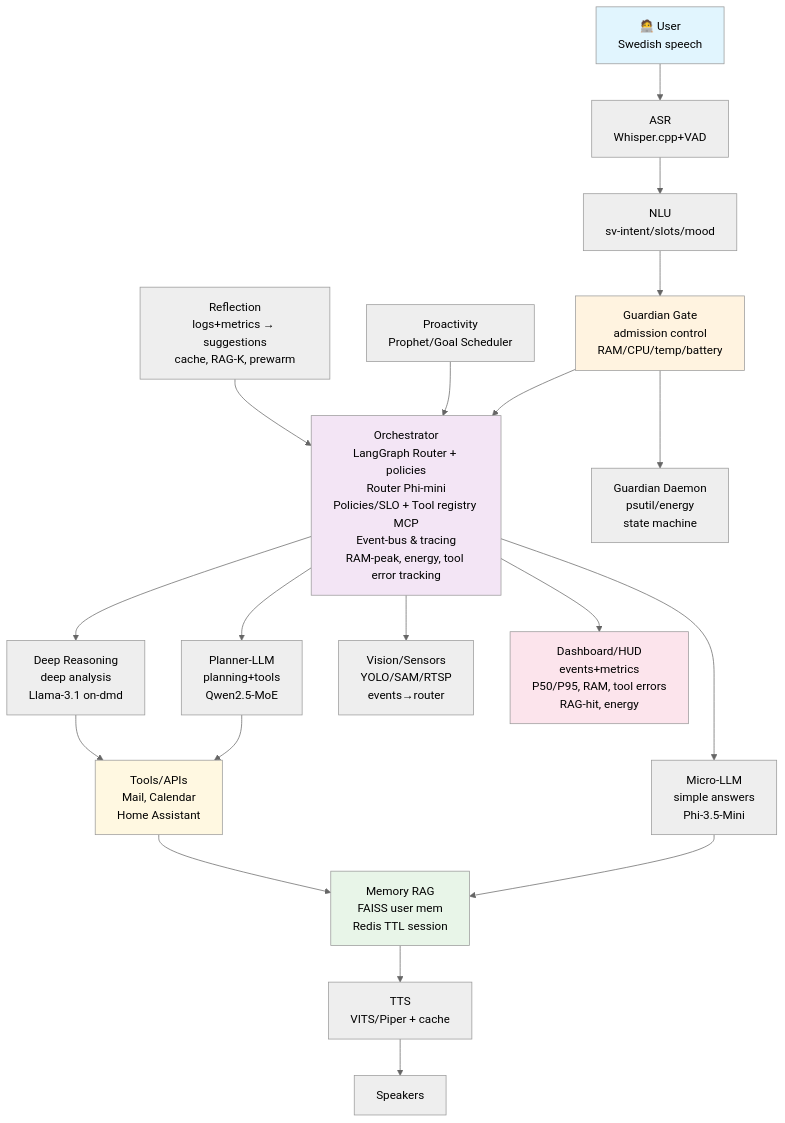
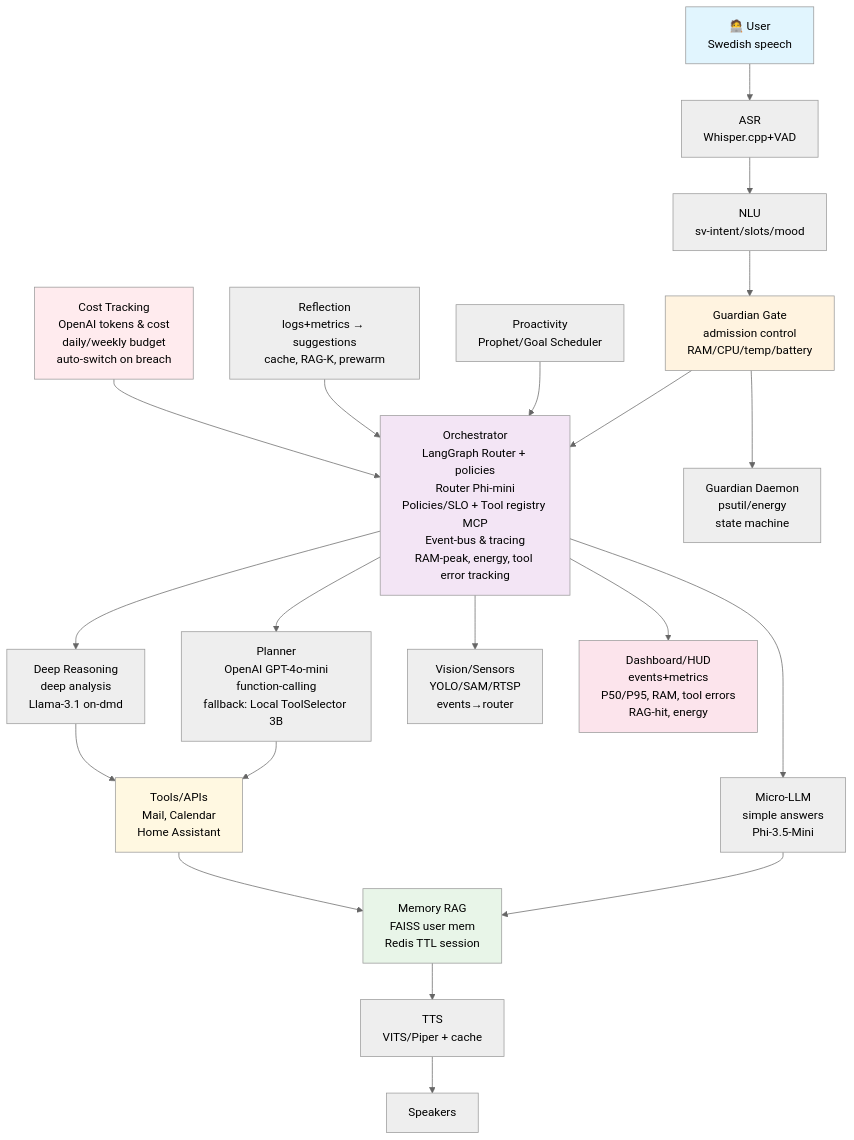
One commit to DanielWarg/AliceV2 changed the first of 2 diagrams in ALICE_SYSTEM_BLUEPRINT.md. Above: the diagram before and after it, drawn with Mermaid (neutral theme). The commit also changed other lines of this file, not shown here.

First line of the commit message:
🎯 Update blueprint to match Hybrid Planner implementation

````diff
--- a/ALICE_SYSTEM_BLUEPRINT.md
+++ b/ALICE_SYSTEM_BLUEPRINT.md
@@ -14,35 +14,39 @@
 ```mermaid
 graph TB
     User[🧑‍💻 User<br/>Swedish speech] --> ASR[ASR<br/>Whisper.cpp+VAD]
     ASR --> NLU[NLU<br/>sv-intent/slots/mood]
     NLU --> Guardian[Guardian Gate<br/>admission control<br/>RAM/CPU/temp/battery]
     
     Guardian --> Orchestrator[Orchestrator<br/>LangGraph Router + policies<br/>Router Phi-mini<br/>Policies/SLO + Tool registry MCP<br/>Event-bus & tracing<br/>RAM-peak, energy, tool error tracking]
     
     Orchestrator --> Micro[Micro-LLM<br/>simple answers<br/>Phi-3.5-Mini]
-    Orchestrator --> Planner[Planner-LLM<br/>planning+tools<br/>Qwen2.5-MoE]
+    Orchestrator --> Planner[Planner<br/>OpenAI GPT-4o-mini<br/>function-calling<br/>fallback: Local ToolSelector 3B]
     Orchestrator --> Deep[Deep Reasoning<br/>deep analysis<br/>Llama-3.1 on-dmd]
     Orchestrator --> Vision[Vision/Sensors<br/>YOLO/SAM/RTSP<br/>events→router]
     
     Micro --> Memory[Memory RAG<br/>FAISS user mem<br/>Redis TTL session]
     Planner --> Tools[Tools/APIs<br/>Mail, Calendar<br/>Home Assistant]
     Deep --> Tools
     Tools --> Memory
     
     Guardian --> GuardianDaemon[Guardian Daemon<br/>psutil/energy<br/>state machine]
     
     Memory --> TTS[TTS<br/>VITS/Piper + cache]
     TTS --> Speakers[Speakers]
     
     Orchestrator --> HUD[Dashboard/HUD<br/>events+metrics<br/>P50/P95, RAM, tool errors<br/>RAG-hit, energy]
     
     Proactivity[Proactivity<br/>Prophet/Goal Scheduler] --> Orchestrator
     Reflection[Reflection<br/>logs+metrics → suggestions<br/>cache, RAG-K, prewarm] --> Orchestrator
     
+    %% Budget and cost tracking
+    Cost[Cost Tracking<br/>OpenAI tokens & cost<br/>daily/weekly budget<br/>auto-switch on breach] --> Orchestrator
+    
     style User fill:#e1f5fe
     style Guardian fill:#fff3e0
     style Orchestrator fill:#f3e5f5
     style Memory fill:#e8f5e8
     style Tools fill:#fff8e1
     style HUD fill:#fce4ec
+    style Cost fill:#ffebee
 ```
````
